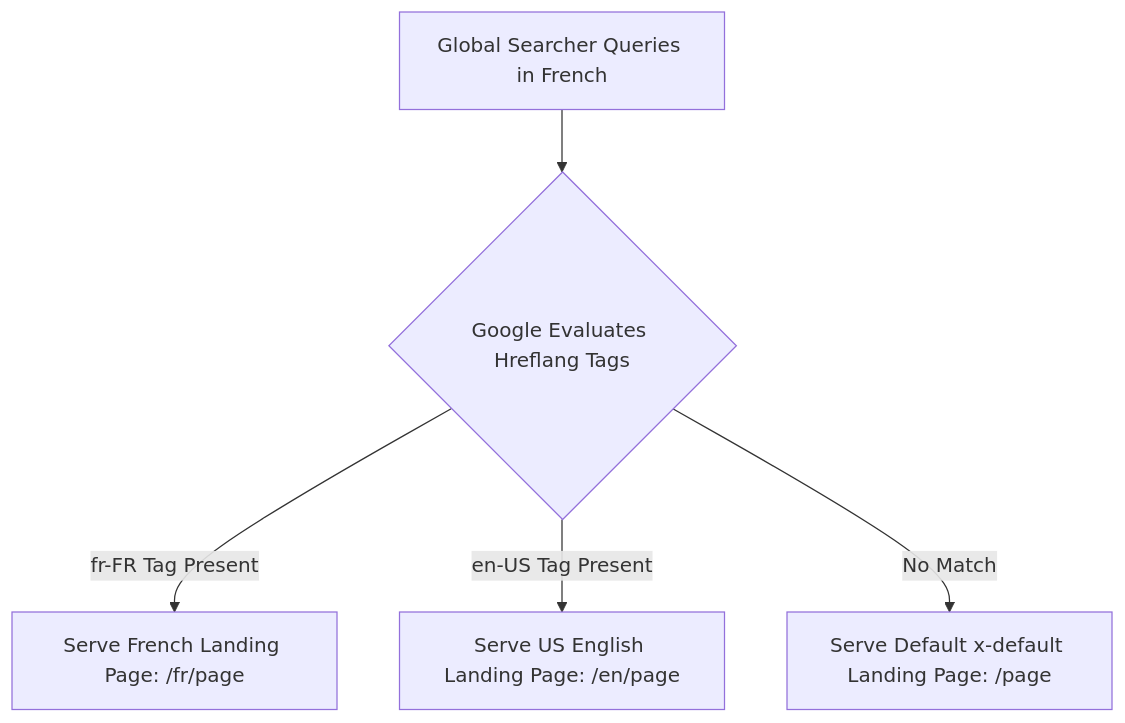
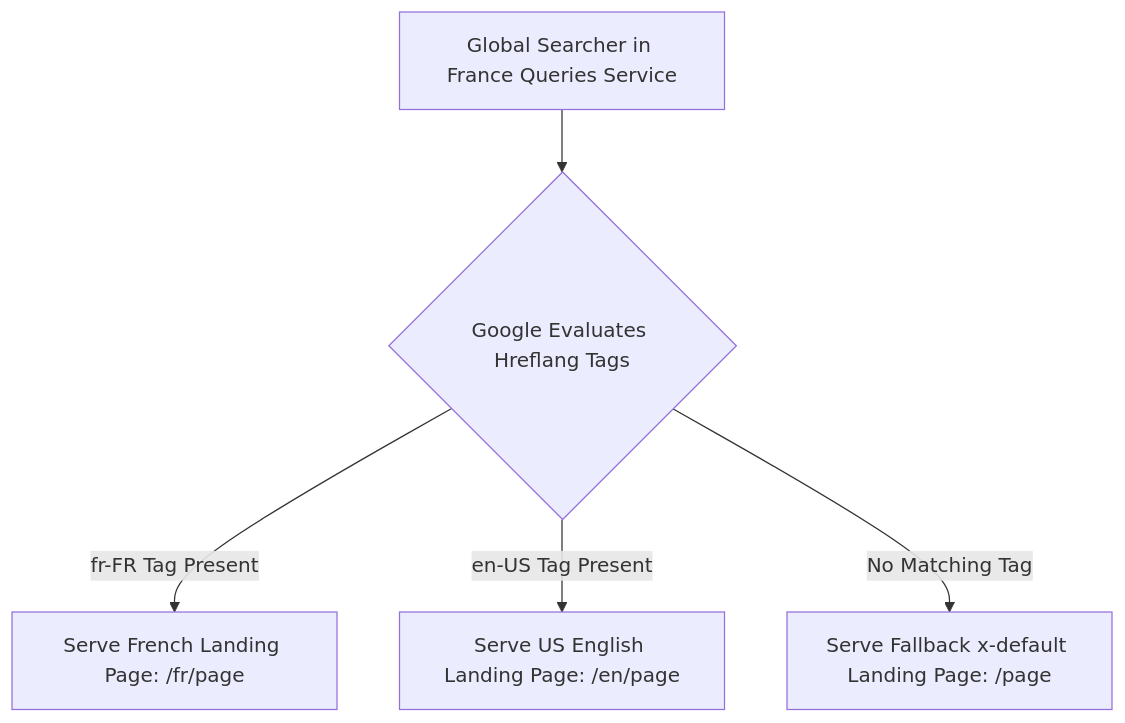
Before and after one commit to seoerai/seo: the diagram in international-seo/README.md, drawn with Mermaid. The commit also changed other lines of this file and 5 other files, not shown here.

Commit message:
docs: expand Off-Page TrustRank, Local Haversine, E-Commerce Facets, Global Hreflang, HTTPS and Sitemap specs

````diff
--- a/international-seo/README.md
+++ b/international-seo/README.md
@@ -11,7 +11,7 @@
 ```mermaid
 flowchart TD
-    A[Global Searcher Queries in French] --> B{Google Evaluates Hreflang Tags}
+    A[Global Searcher in France Queries Service] --> B{Google Evaluates Hreflang Tags}
     B -->|fr-FR Tag Present| C[Serve French Landing Page: /fr/page]
     B -->|en-US Tag Present| D[Serve US English Landing Page: /en/page]
-    B -->|No Match| E[Serve Default x-default Landing Page: /page]
+    B -->|No Matching Tag| E[Serve Fallback x-default Landing Page: /page]
 ```
````
